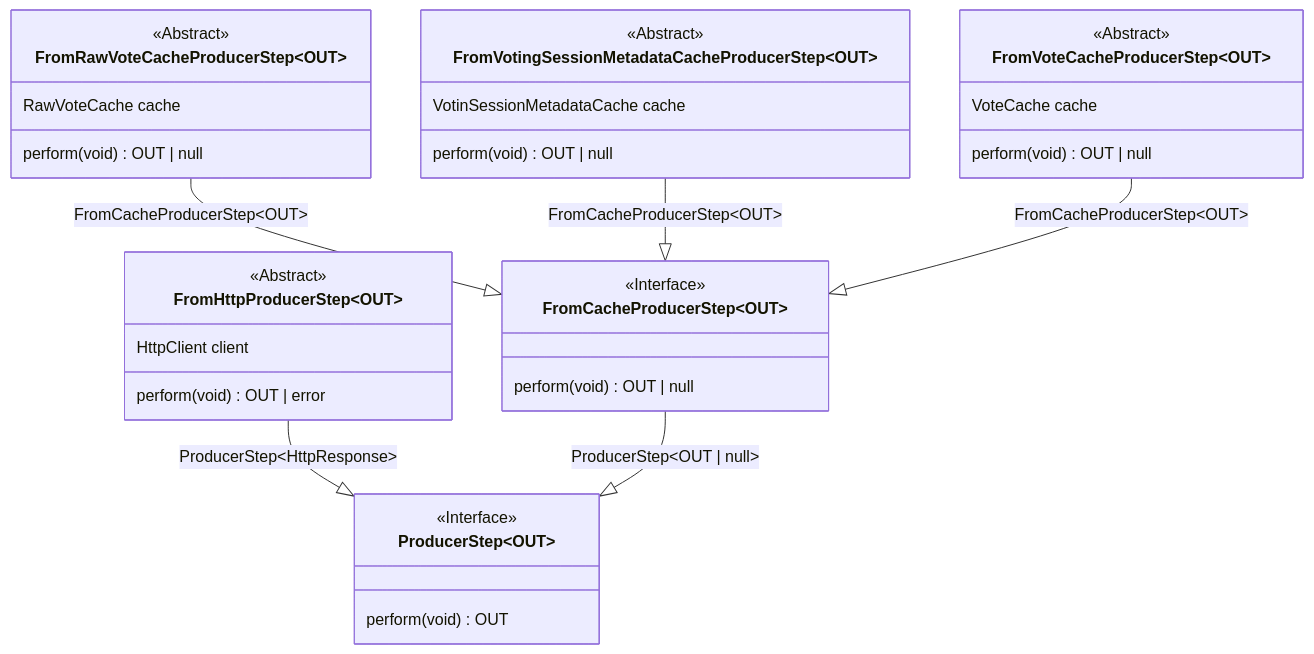
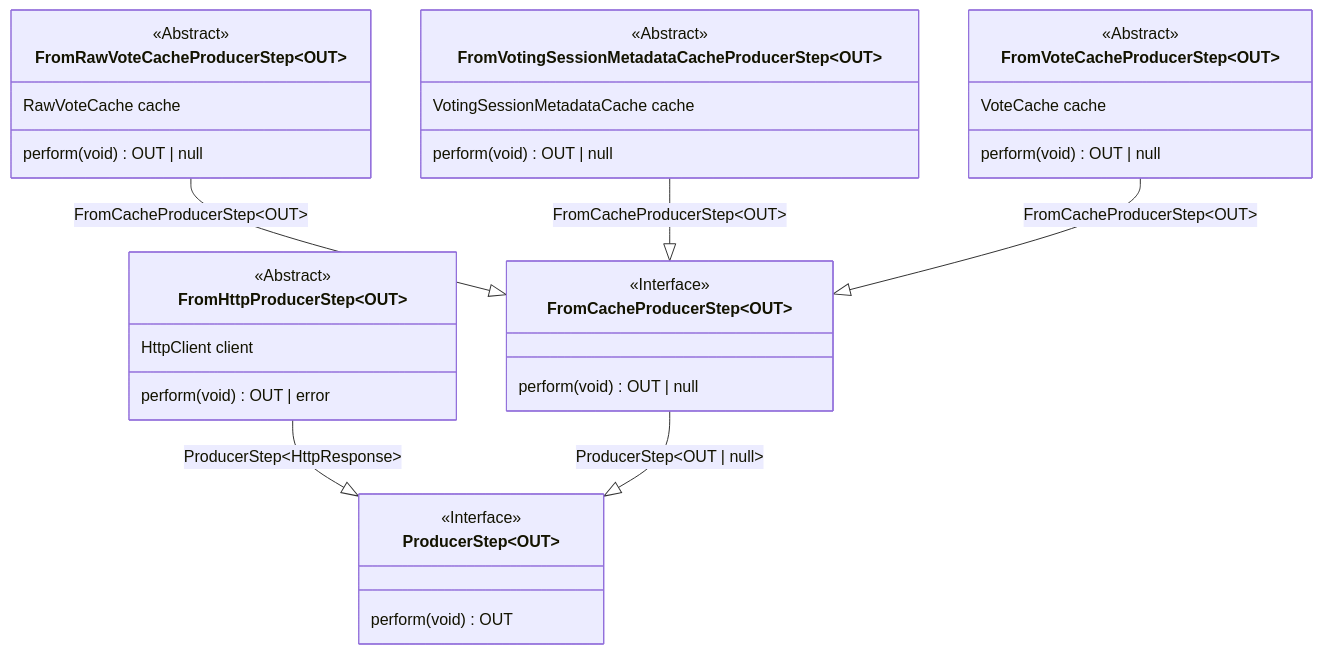
The eighth of 10 diagrams in doc/09_architectural_decisions/09_01_redesign_from_initial_structure.md (n1t4chi/who-votes-like-you), drawn with Mermaid before and after one commit. The commit also changed other lines of this file and 373 other files, not shown here.

````diff
--- a/doc/09_architectural_decisions/09_01_redesign_from_initial_structure.md
+++ b/doc/09_architectural_decisions/09_01_redesign_from_initial_structure.md
@@ -334,41 +351,41 @@
 ```mermaid
 classDiagram
     class ProducerStep~OUT~ {
         <<Interface>>
         perform(void) OUT
     }
 
     class FromHttpProducerStep~OUT~ {
         <<Abstract>>
         HttpClient client
         perform(void) OUT | error
     }
     FromHttpProducerStep --|> ProducerStep : ProducerStep&ltHttpResponse&gt
 
     class FromCacheProducerStep~OUT~ {
         <<Interface>>
         perform(void) OUT | null
     }
     FromCacheProducerStep --|> ProducerStep : ProducerStep&ltOUT | null&gt
 
     class FromRawVoteCacheProducerStep~OUT~ {
         <<Abstract>>
         RawVoteCache cache
         perform(void) OUT | null
     }
     FromRawVoteCacheProducerStep --|> FromCacheProducerStep : FromCacheProducerStep&ltOUT&gt
 
     class FromVotingSessionMetadataCacheProducerStep~OUT~ {
         <<Abstract>>
-        VotinSessionMetadataCache cache
+        VotingSessionMetadataCache cache
         perform(void) OUT | null
     }
     FromVotingSessionMetadataCacheProducerStep --|> FromCacheProducerStep : FromCacheProducerStep&ltOUT&gt
 
     class FromVoteCacheProducerStep~OUT~ {
         <<Abstract>>
         VoteCache cache
         perform(void) OUT | null
     }
     FromVoteCacheProducerStep --|> FromCacheProducerStep : FromCacheProducerStep&ltOUT&gt
 ```
````
